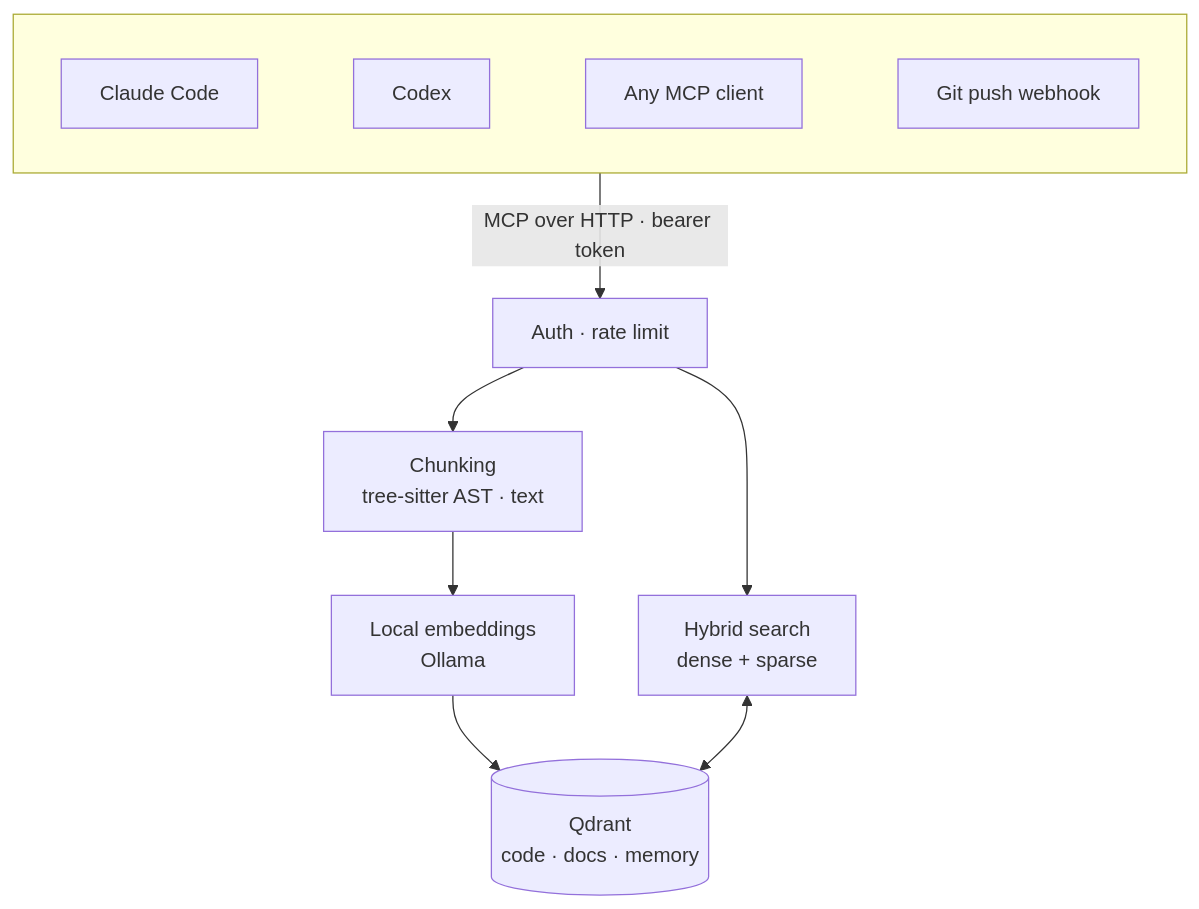
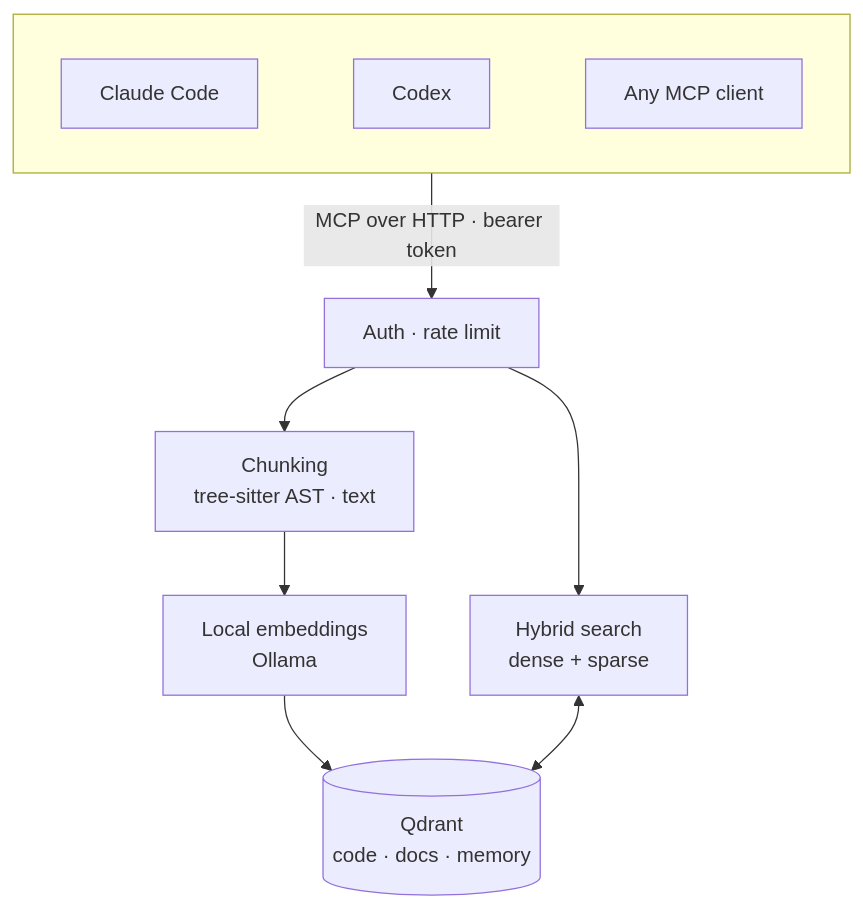
The diagram in README.md (BBerthod/mcp-vector-memory), drawn with Mermaid before and after one commit. The commit also changed other lines of this file, not shown here.

````diff
--- a/README.md
+++ b/README.md
@@ -21,12 +21,12 @@
 ```mermaid
 flowchart TB
     subgraph Clients[" "]
         direction LR
-        A1[Claude Code] ~~~ A2[Codex] ~~~ A3[Any MCP client] ~~~ G[Git push webhook]
+        A1[Claude Code] ~~~ A2[Codex] ~~~ A3[Any MCP client]
     end
     Clients -->|MCP over HTTP · bearer token| S[Auth · rate limit]
     S --> C[Chunking<br/>tree-sitter AST · text] --> E[Local embeddings<br/>Ollama]
     S --> R[Hybrid search<br/>dense + sparse]
     E --> Q[(Qdrant<br/>code · docs · memory)]
     R <--> Q
 ```
````
